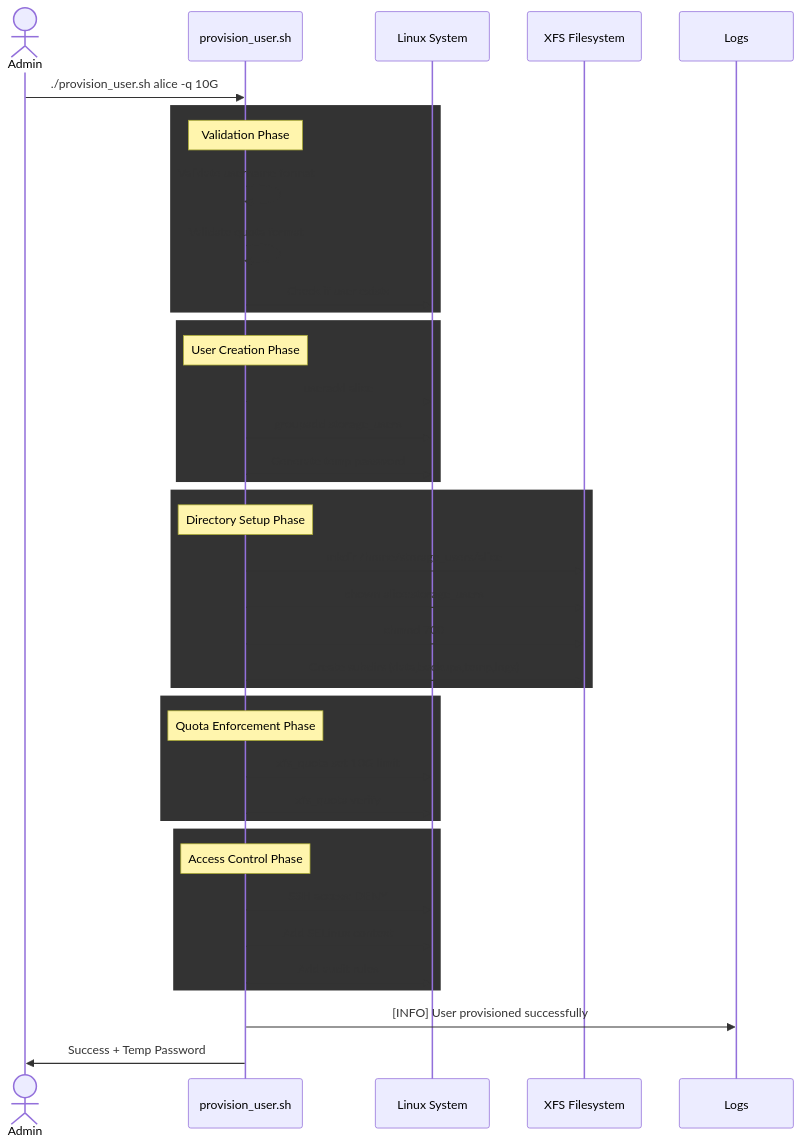
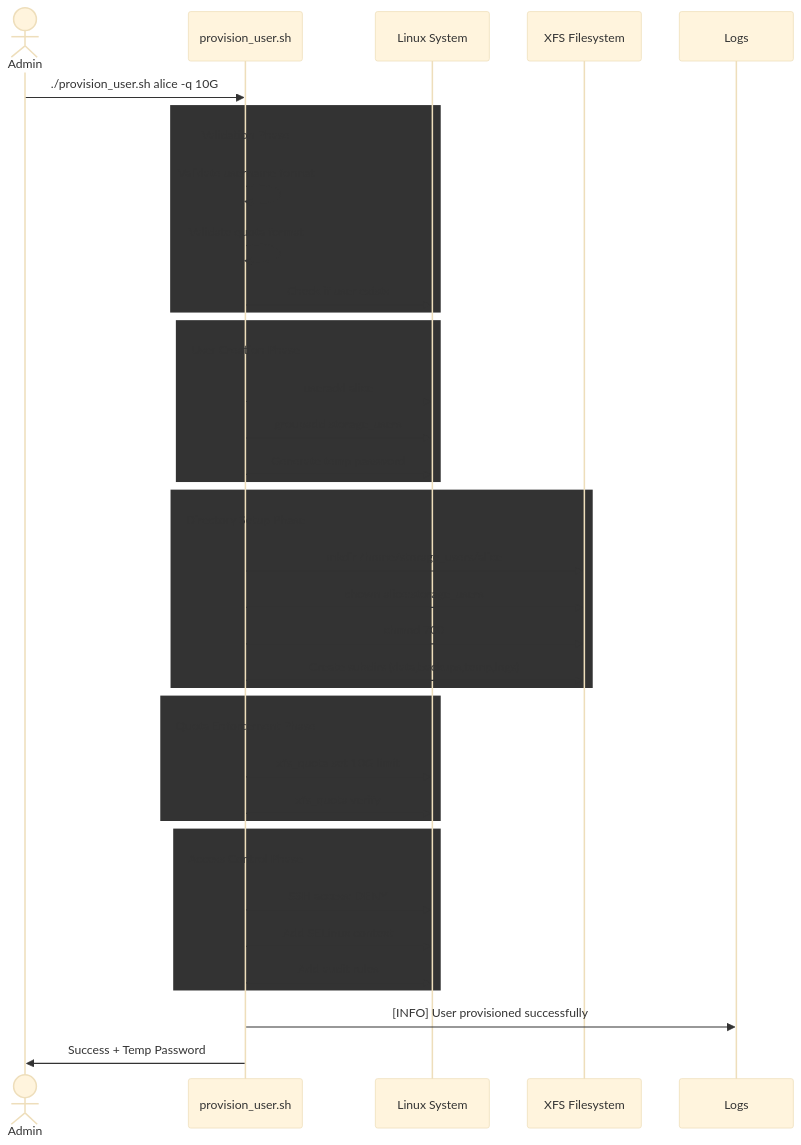
The third of 7 diagrams in docs/architecture.md (aaronwittchen/Automated-Storage-Provisioning-Tool), drawn with Mermaid before and after one commit. The commit also changed other lines of this file, not shown here.

````diff
--- a/docs/architecture.md
+++ b/docs/architecture.md
@@ -121,48 +115,49 @@
 ```mermaid
+%%{init: {'theme': 'base', 'themeVariables': { 'background': 'transparent', 'noteBkgColor': 'transparent' }}}%%
 sequenceDiagram
     actor Admin
     participant Script as provision_user.sh
     participant System as Linux System
     participant FS as XFS Filesystem
     participant Log as Logs
 
     Admin->>Script: ./provision_user.sh alice -q 10G
     
-    rect stroke:#1e88e5,stroke-width:3px
+    rect stroke:#1e88e5,stroke-width:3px,fill:none
     Note over Script: Validation Phase
     Script->>Script: Validate username format
     Script->>Script: Validate quota format
     Script->>System: Check if user exists
     end
     
-    rect stroke:#43a047,stroke-width:3px
+    rect stroke:#43a047,stroke-width:3px,fill:none
     Note over Script: User Creation Phase
     Script->>System: useradd alice
     Script->>System: groupadd storage_users
     Script->>System: Generate temp password
     end
     
-    rect stroke:#ffc107,stroke-width:3px
+    rect stroke:#ffc107,stroke-width:3px,fill:none
     Note over Script: Directory Setup Phase
     Script->>FS: mkdir /home/storage_users/alice
     Script->>FS: chown alice:storage_users
     Script->>FS: chmod 700
     Script->>FS: Create subdirs (data,backups,temp,logs)
     end
     
-    rect stroke:#f44336,stroke-width:3px
+    rect stroke:#f44336,stroke-width:3px,fill:none
     Note over Script: Quota Enforcement Phase
     Script->>System: xfs_quota set 10G limit
     Script->>System: xfs_quota verify
     end
     
-    rect stroke:#9c27b0,stroke-width:3px
+    rect stroke:#9c27b0,stroke-width:3px,fill:none
     Note over Script: Access Control Phase
     Script->>System: SSH access: DENY
     Script->>System: Add SELinux context
     Script->>System: Add audit rules
     end
     
     Script->>Log: [INFO] User provisioned successfully
     Script->>Admin: Success + Temp Password
 ```
````
